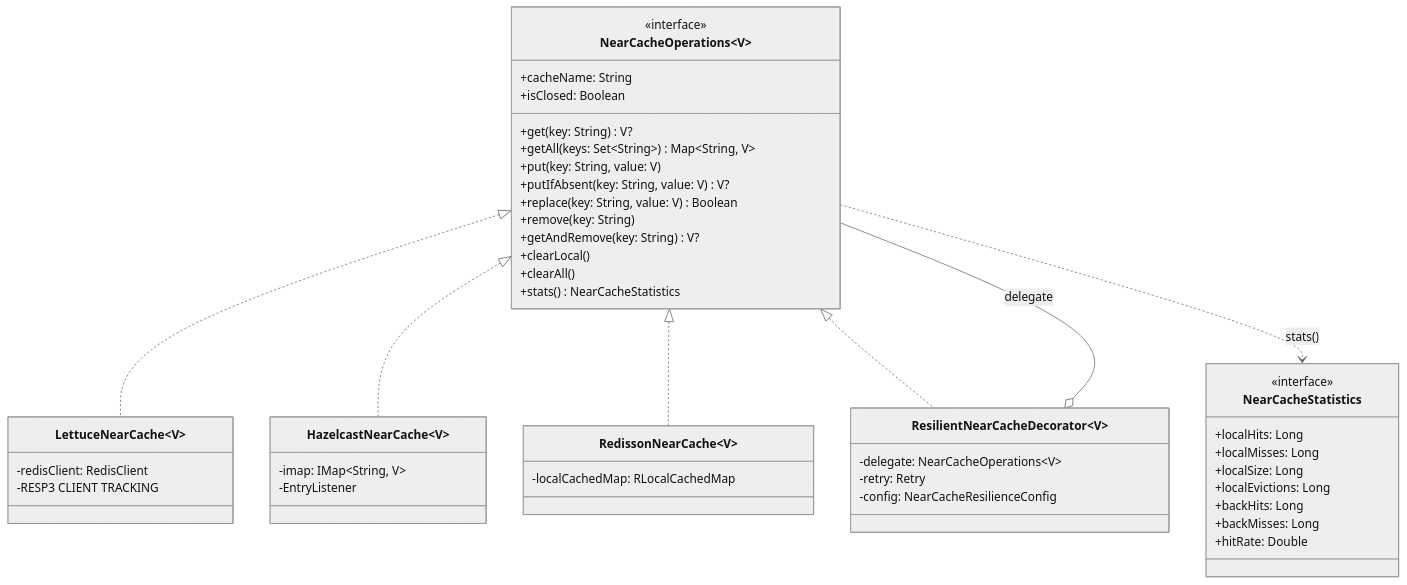
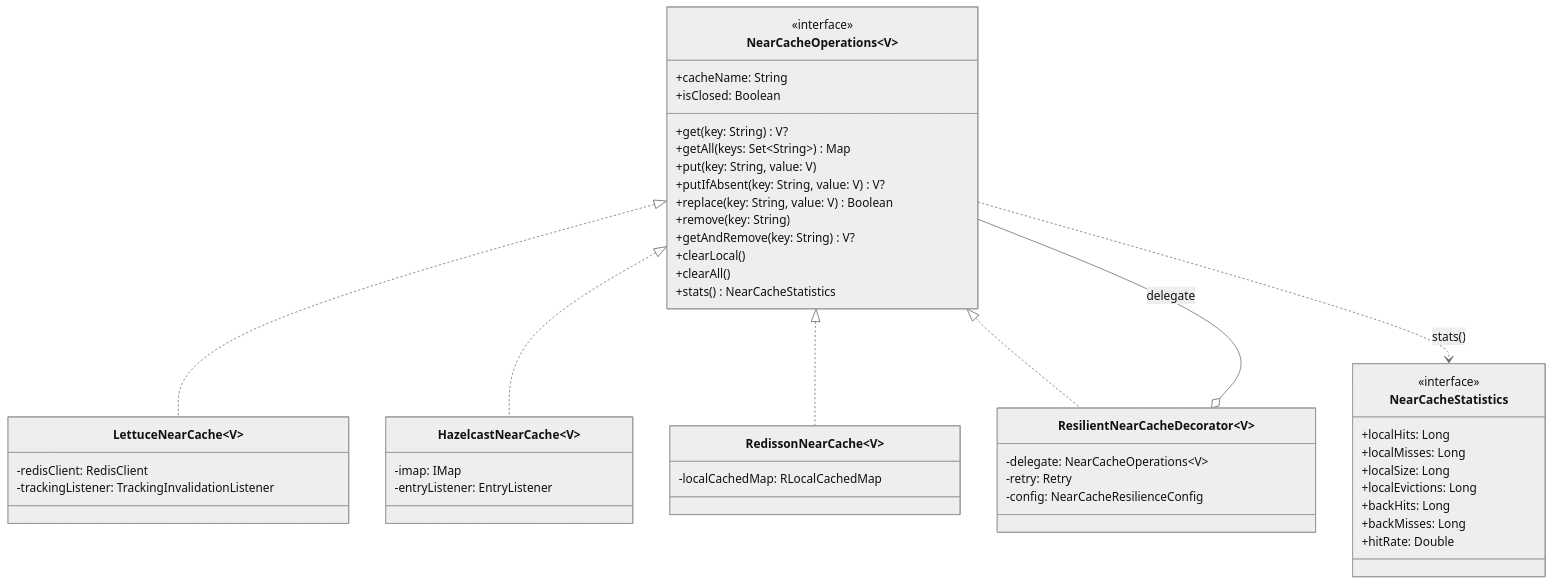
Before and after one commit to bluetape4k/bluetape4k-projects: the third of 7 diagrams in infra/cache-core/README.md, drawn with Mermaid (neutral theme). The commit also changed other lines of this file and 37 other files, not shown here.

````diff
--- a/infra/cache-core/README.md
+++ b/infra/cache-core/README.md
@@ -40,56 +84,56 @@
 ```mermaid
 classDiagram
     class NearCacheOperations~V~ {
         <<interface>>
         +cacheName: String
         +isClosed: Boolean
         +get(key: String) V?
-        +getAll(keys: Set~String~) Map~String, V~
+        +getAll(keys: Set~String~) Map
         +put(key: String, value: V)
         +putIfAbsent(key: String, value: V) V?
         +replace(key: String, value: V) Boolean
         +remove(key: String)
         +getAndRemove(key: String) V?
         +clearLocal()
         +clearAll()
         +stats() NearCacheStatistics
     }
 
     class NearCacheStatistics {
         <<interface>>
         +localHits: Long
         +localMisses: Long
         +localSize: Long
         +localEvictions: Long
         +backHits: Long
         +backMisses: Long
         +hitRate: Double
     }
 
     class ResilientNearCacheDecorator~V~ {
         -delegate: NearCacheOperations~V~
         -retry: Retry
         -config: NearCacheResilienceConfig
     }
 
     class LettuceNearCache~V~ {
         -redisClient: RedisClient
-        -RESP3 CLIENT TRACKING
+        -trackingListener: TrackingInvalidationListener
     }
 
     class HazelcastNearCache~V~ {
-        -imap: IMap~String, V~
-        -EntryListener
+        -imap: IMap
+        -entryListener: EntryListener
     }
 
     class RedissonNearCache~V~ {
         -localCachedMap: RLocalCachedMap
     }
 
     NearCacheOperations <|.. LettuceNearCache
     NearCacheOperations <|.. HazelcastNearCache
     NearCacheOperations <|.. RedissonNearCache
     NearCacheOperations <|.. ResilientNearCacheDecorator
     NearCacheOperations --o ResilientNearCacheDecorator : delegate
     NearCacheOperations ..> NearCacheStatistics : stats()
 ```
````
